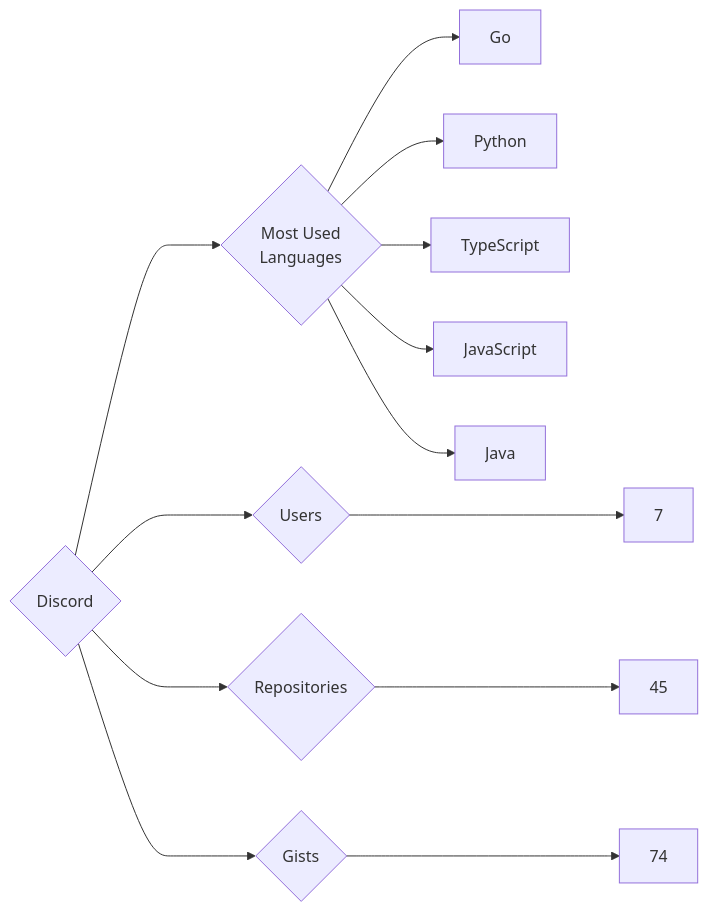
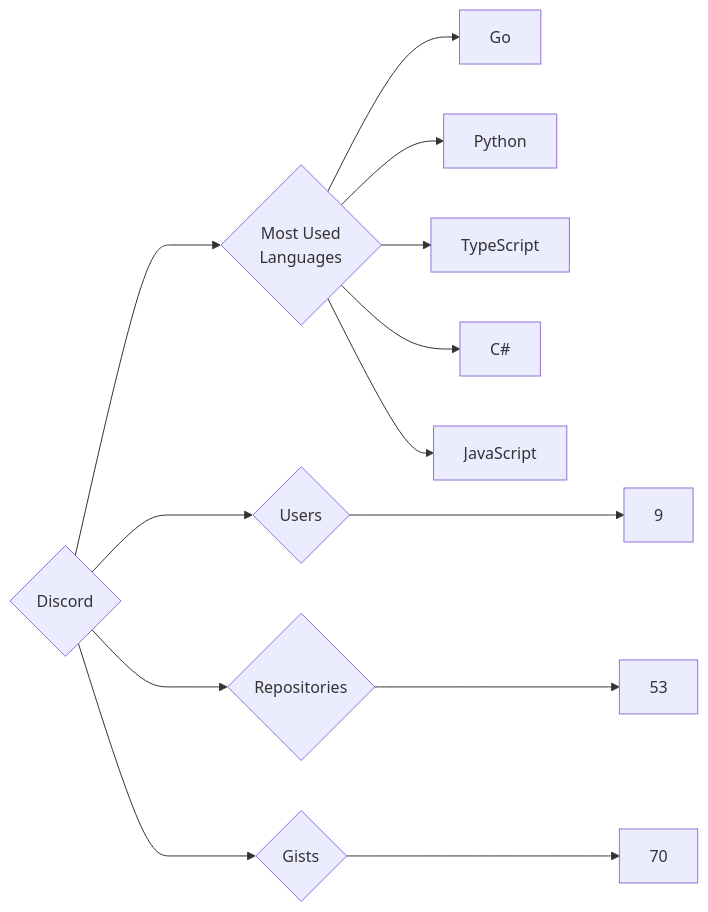
Before and after one commit to trickest/insiders: the diagram in targets/Discord/README.md, drawn with Mermaid. The commit also changed 988 other files, not shown here.

````diff
--- a/targets/Discord/README.md
+++ b/targets/Discord/README.md
@@ -3,13 +3,13 @@
 ```mermaid
 graph LR
 COMPANY_NAME{Discord}
-COMPANY_NAME ---> U{Users} ---> UN[7]
-COMPANY_NAME ---> R{Repositories} ---> RN[45]
-COMPANY_NAME ---> G{Gists} ---> GN[74]
+COMPANY_NAME ---> U{Users} ---> UN[9]
+COMPANY_NAME ---> R{Repositories} ---> RN[53]
+COMPANY_NAME ---> G{Gists} ---> GN[70]
 COMPANY_NAME ---> ML{Most Used<br>Languages}
 ML --> Go[Go]
 ML --> Python[Python]
 ML --> TypeScript[TypeScript]
+ML --> C#[C#]
 ML --> JavaScript[JavaScript]
-ML --> Java[Java]
 ```
````
